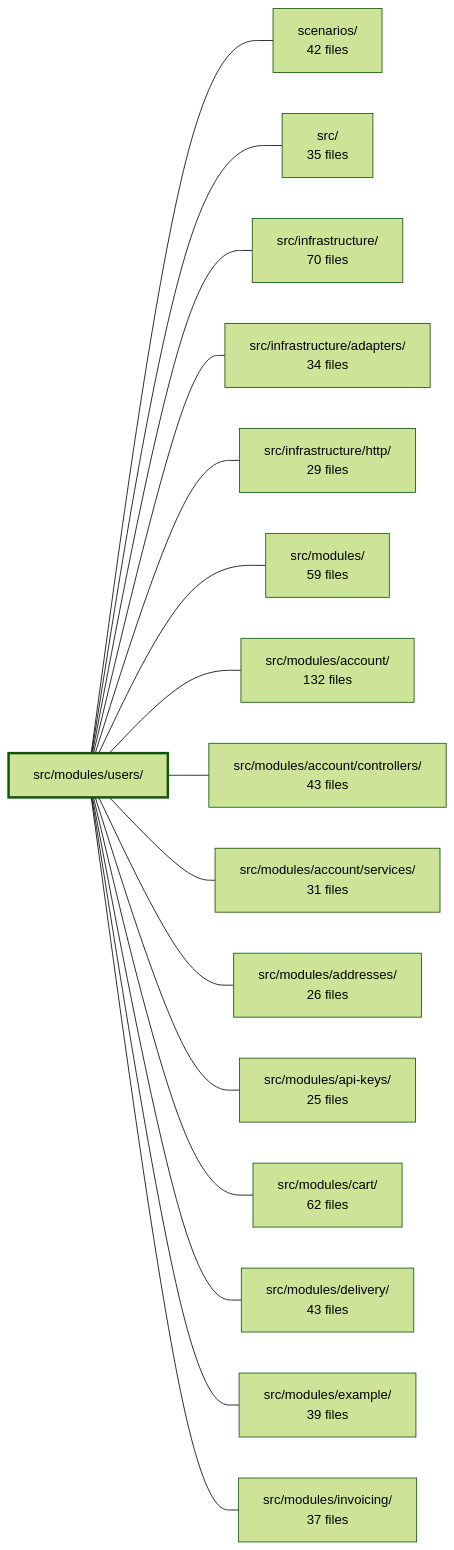
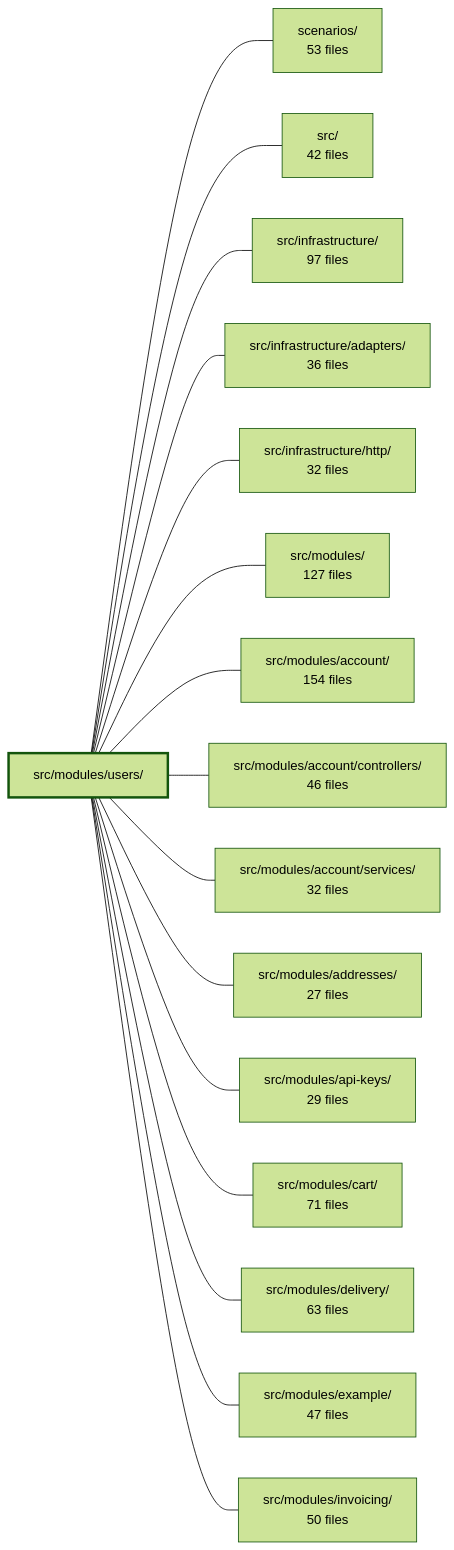
Before and after one commit to Guebbit/boilerplate-node-backend: the diagram in .2brain/modules/boilerplate-node-backend_src_modules_users.md, drawn with Mermaid (forest theme). The commit also changed other lines of this file and 1775 other files, not shown here.

````diff
--- a/.2brain/modules/boilerplate-node-backend_src_modules_users.md
+++ b/.2brain/modules/boilerplate-node-backend_src_modules_users.md
@@ -42,35 +45,35 @@
 ```mermaid
 flowchart LR
     m_src_modules_users["src/modules/users/"]
-    m_scenarios["scenarios/<br/>42 files"]
-    m_src["src/<br/>35 files"]
-    m_src_infrastructure["src/infrastructure/<br/>70 files"]
-    m_src_infrastructure_adapters["src/infrastructure/adapters/<br/>34 files"]
-    m_src_infrastructure_http["src/infrastructure/http/<br/>29 files"]
-    m_src_modules["src/modules/<br/>59 files"]
-    m_src_modules_account["src/modules/account/<br/>132 files"]
-    m_src_modules_account_controllers["src/modules/account/controllers/<br/>43 files"]
-    m_src_modules_account_services["src/modules/account/services/<br/>31 files"]
-    m_src_modules_addresses["src/modules/addresses/<br/>26 files"]
-    m_src_modules_api_keys["src/modules/api-keys/<br/>25 files"]
-    m_src_modules_cart["src/modules/cart/<br/>62 files"]
-    m_src_modules_delivery["src/modules/delivery/<br/>43 files"]
-    m_src_modules_example["src/modules/example/<br/>39 files"]
-    m_src_modules_invoicing["src/modules/invoicing/<br/>37 files"]
+    m_scenarios["scenarios/<br/>53 files"]
+    m_src["src/<br/>42 files"]
+    m_src_infrastructure["src/infrastructure/<br/>97 files"]
+    m_src_infrastructure_adapters["src/infrastructure/adapters/<br/>36 files"]
+    m_src_infrastructure_http["src/infrastructure/http/<br/>32 files"]
+    m_src_modules["src/modules/<br/>127 files"]
+    m_src_modules_account["src/modules/account/<br/>154 files"]
+    m_src_modules_account_controllers["src/modules/account/controllers/<br/>46 files"]
+    m_src_modules_account_services["src/modules/account/services/<br/>32 files"]
+    m_src_modules_addresses["src/modules/addresses/<br/>27 files"]
+    m_src_modules_api_keys["src/modules/api-keys/<br/>29 files"]
+    m_src_modules_cart["src/modules/cart/<br/>71 files"]
+    m_src_modules_delivery["src/modules/delivery/<br/>63 files"]
+    m_src_modules_example["src/modules/example/<br/>47 files"]
+    m_src_modules_invoicing["src/modules/invoicing/<br/>50 files"]
     m_src_modules_users --- m_scenarios
     m_src_modules_users --- m_src
     m_src_modules_users --- m_src_infrastructure
     m_src_modules_users --- m_src_infrastructure_adapters
     m_src_modules_users --- m_src_infrastructure_http
     m_src_modules_users --- m_src_modules
     m_src_modules_users --- m_src_modules_account
     m_src_modules_users --- m_src_modules_account_controllers
     m_src_modules_users --- m_src_modules_account_services
     m_src_modules_users --- m_src_modules_addresses
     m_src_modules_users --- m_src_modules_api_keys
     m_src_modules_users --- m_src_modules_cart
     m_src_modules_users --- m_src_modules_delivery
     m_src_modules_users --- m_src_modules_example
     m_src_modules_users --- m_src_modules_invoicing
     style m_src_modules_users stroke-width:3px
 ```
````
